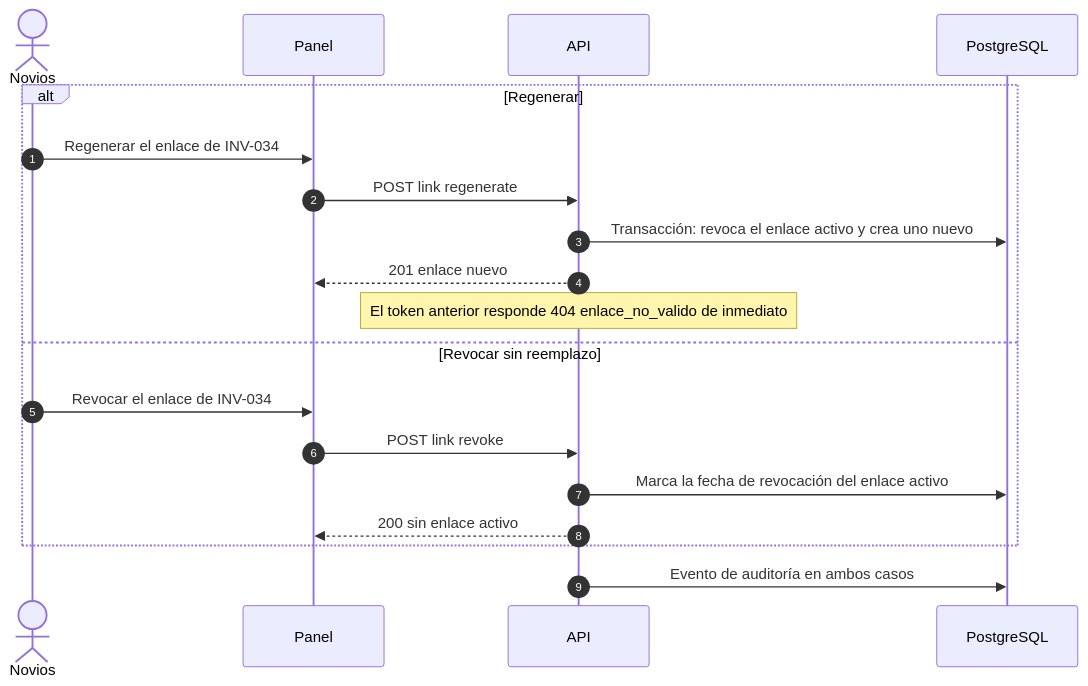
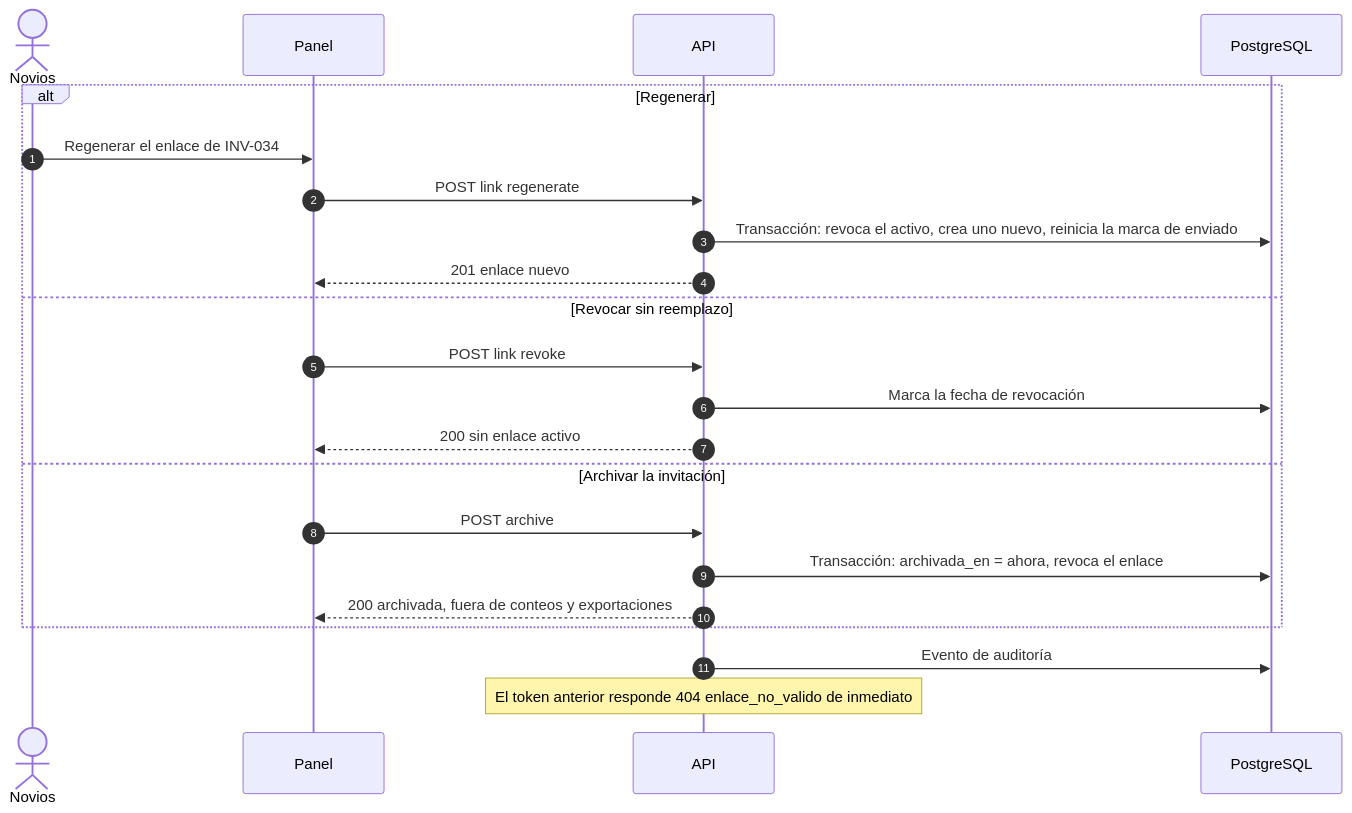
One commit to Mayra-ux/ma-wedding changed the third of 6 diagrams in docs/architecture/04-flujos-admin.md. Above: the diagram before and after it, drawn with Mermaid. The commit also changed other lines of this file and 26 other files, not shown here.

````diff
--- a/docs/architecture/04-flujos-admin.md
+++ b/docs/architecture/04-flujos-admin.md
@@ -58,22 +64,25 @@
 ```mermaid
 sequenceDiagram
   autonumber
   actor N as Novios
   participant P as Panel
   participant A as API
   participant D as PostgreSQL
 
   alt Regenerar
     N->>P: Regenerar el enlace de INV-034
     P->>A: POST link regenerate
-    A->>D: Transacción: revoca el enlace activo y crea uno nuevo
+    A->>D: Transacción: revoca el activo, crea uno nuevo, reinicia la marca de enviado
     A-->>P: 201 enlace nuevo
-    Note over A: El token anterior responde 404 enlace_no_valido de inmediato
   else Revocar sin reemplazo
-    N->>P: Revocar el enlace de INV-034
     P->>A: POST link revoke
-    A->>D: Marca la fecha de revocación del enlace activo
+    A->>D: Marca la fecha de revocación
     A-->>P: 200 sin enlace activo
+  else Archivar la invitación
+    P->>A: POST archive
+    A->>D: Transacción: archivada_en = ahora, revoca el enlace
+    A-->>P: 200 archivada, fuera de conteos y exportaciones
   end
-  A->>D: Evento de auditoría en ambos casos
+  A->>D: Evento de auditoría
+  Note over A: El token anterior responde 404 enlace_no_valido de inmediato
 ```
````
